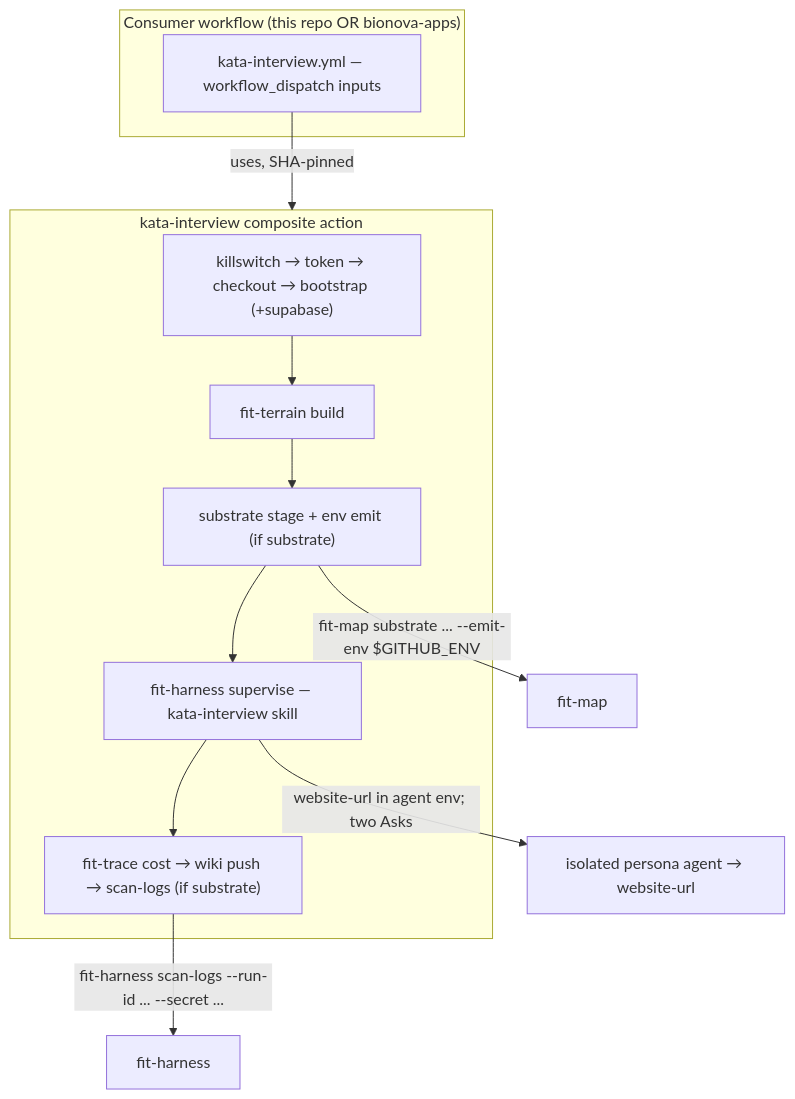
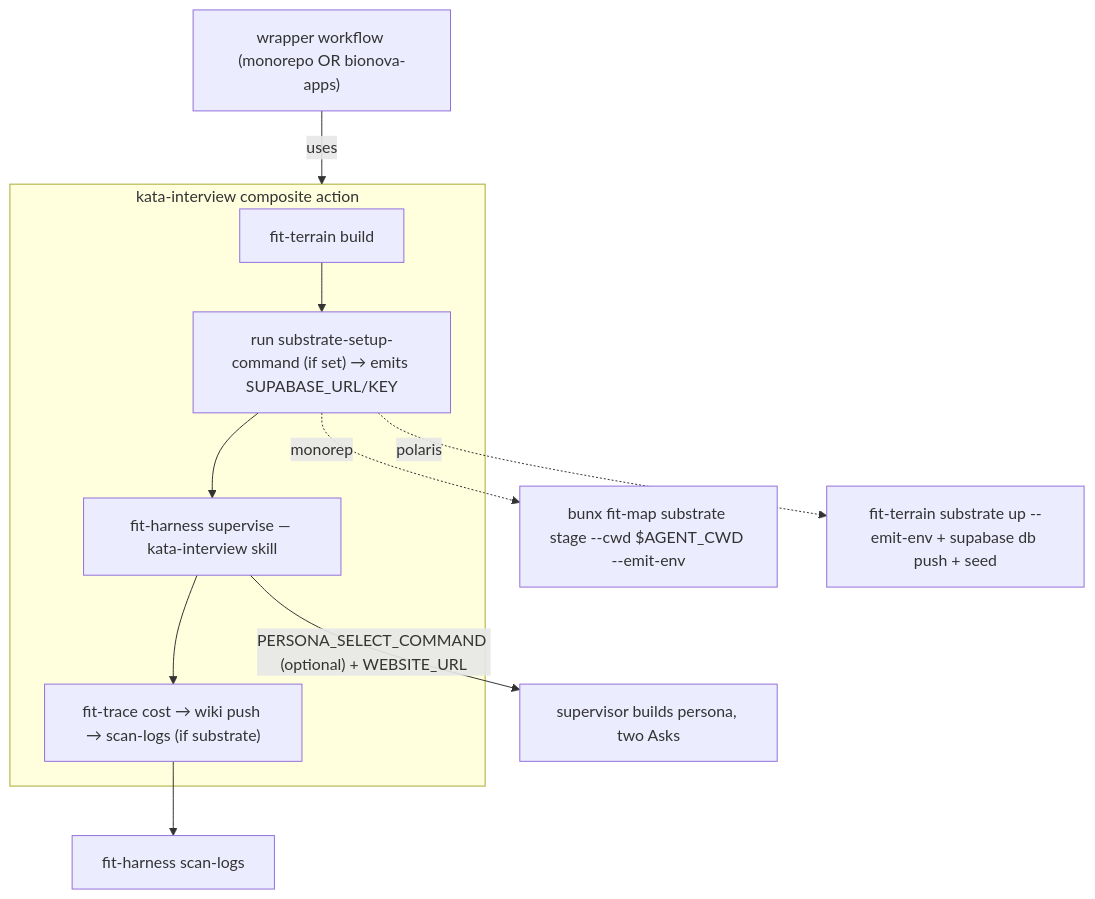
The diagram in specs/2170-reusable-interview-action/design-a.md (forwardimpact/monorepo), drawn with Mermaid before and after one commit. The commit also changed other lines of this file and 2 other files, not shown here.

First line of the commit message:
design(2170): revise — add generic fit-terrain substrate verb, keep fit-map

````diff
--- a/specs/2170-reusable-interview-action/design-a.md
+++ b/specs/2170-reusable-interview-action/design-a.md
@@ -24,20 +47,15 @@
 ```mermaid
 graph TD
-    subgraph consumer["Consumer workflow (this repo OR bionova-apps)"]
-        wf["kata-interview.yml — workflow_dispatch inputs"]
-    end
-    wf -->|uses, SHA-pinned| act
-
+    wf["wrapper workflow (monorepo OR bionova-apps)"] -->|uses| act
     subgraph act["kata-interview composite action"]
-        ks["killswitch → token → checkout → bootstrap (+supabase)"]
         tb["fit-terrain build"]
-        sub["substrate stage + env emit (if substrate)"]
+        sub["run substrate-setup-command (if set) → emits SUPABASE_URL/KEY"]
         run["fit-harness supervise — kata-interview skill"]
         post["fit-trace cost → wiki push → scan-logs (if substrate)"]
-        ks --> tb --> sub --> run --> post
+        tb --> sub --> run --> post
     end
-
-    sub -->|"fit-map substrate ... --emit-env $GITHUB_ENV"| fm["fit-map"]
-    post -->|"fit-harness scan-logs --run-id ... --secret ..."| fh["fit-harness"]
-    run -->|"website-url in agent env; two Asks"| agent["isolated persona agent → website-url"]
+    sub -.monorepo.-> fm["bunx fit-map substrate stage --cwd $AGENT_CWD --emit-env"]
+    sub -.polaris.-> pol["fit-terrain substrate up --emit-env + supabase db push + seed"]
+    run -->|"PERSONA_SELECT_COMMAND (optional) + WEBSITE_URL"| skill["supervisor builds persona, two Asks"]
+    post --> fh["fit-harness scan-logs"]
 ```
````
